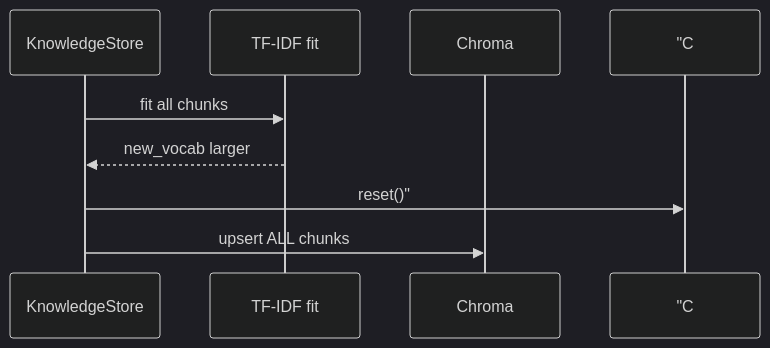
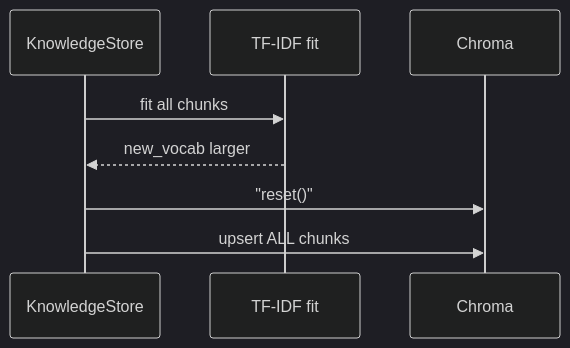
One commit to ab6539763/70_days_course_plus changed the second of 2 diagrams in course/day30/04_流程图与示意图.md. Above: the diagram before and after it, drawn with Mermaid (dark theme). The commit also changed 80 other files, not shown here.

First line of the commit message:
fix(course): 修复 Mermaid 图表渲染报错 + 同步嵌入代码快照

````diff
--- a/course/day30/04_流程图与示意图.md
+++ b/course/day30/04_流程图与示意图.md
@@ -20,10 +20,10 @@
 ```mermaid
 sequenceDiagram
     participant KS as KnowledgeStore
     participant TF as TF-IDF fit
     participant C as Chroma
     KS->>TF: fit all chunks
     TF-->>KS: new_vocab larger
-    KS->> "C: reset()"
+    KS->>C: "reset()"
     KS->>C: upsert ALL chunks
 ```
````
